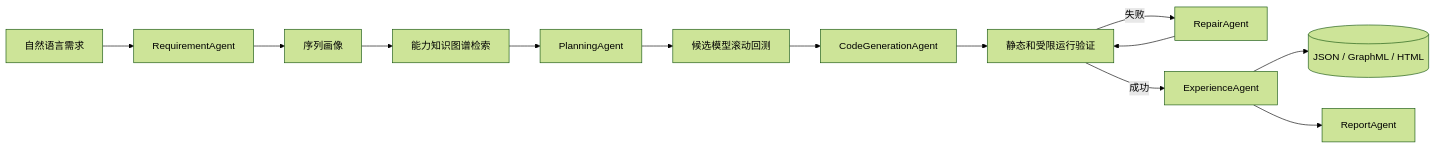
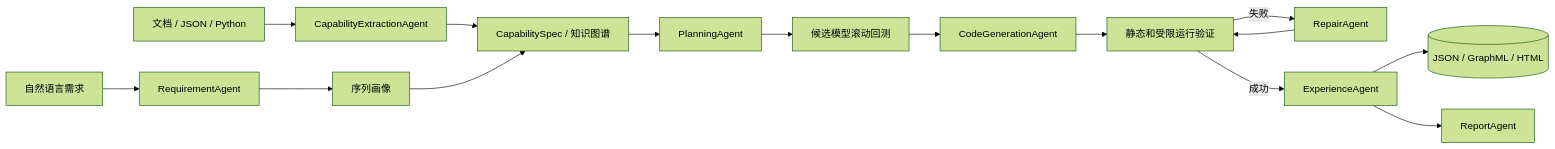
The diagram in README.md (Charlie-learner/inventory-forecast-factory), drawn with Mermaid (forest theme) before and after one commit. The commit also changed other lines of this file and 66 other files, not shown here.

````diff
--- a/README.md
+++ b/README.md
@@ -20,15 +21,17 @@
 ```mermaid
 flowchart LR
+    S[文档 / JSON / Python] --> X[CapabilityExtractionAgent]
+    X --> K[CapabilitySpec / 知识图谱]
     U[自然语言需求] --> R[RequirementAgent]
     R --> P[序列画像]
-    P --> K[能力知识图谱检索]
+    P --> K
     K --> L[PlanningAgent]
     L --> B[候选模型滚动回测]
     B --> C[CodeGenerationAgent]
     C --> V[静态和受限运行验证]
     V -->|失败| F[RepairAgent]
     F --> V
     V -->|成功| E[ExperienceAgent]
     E --> G[(JSON / GraphML / HTML)]
     E --> O[ReportAgent]
 ```
````
